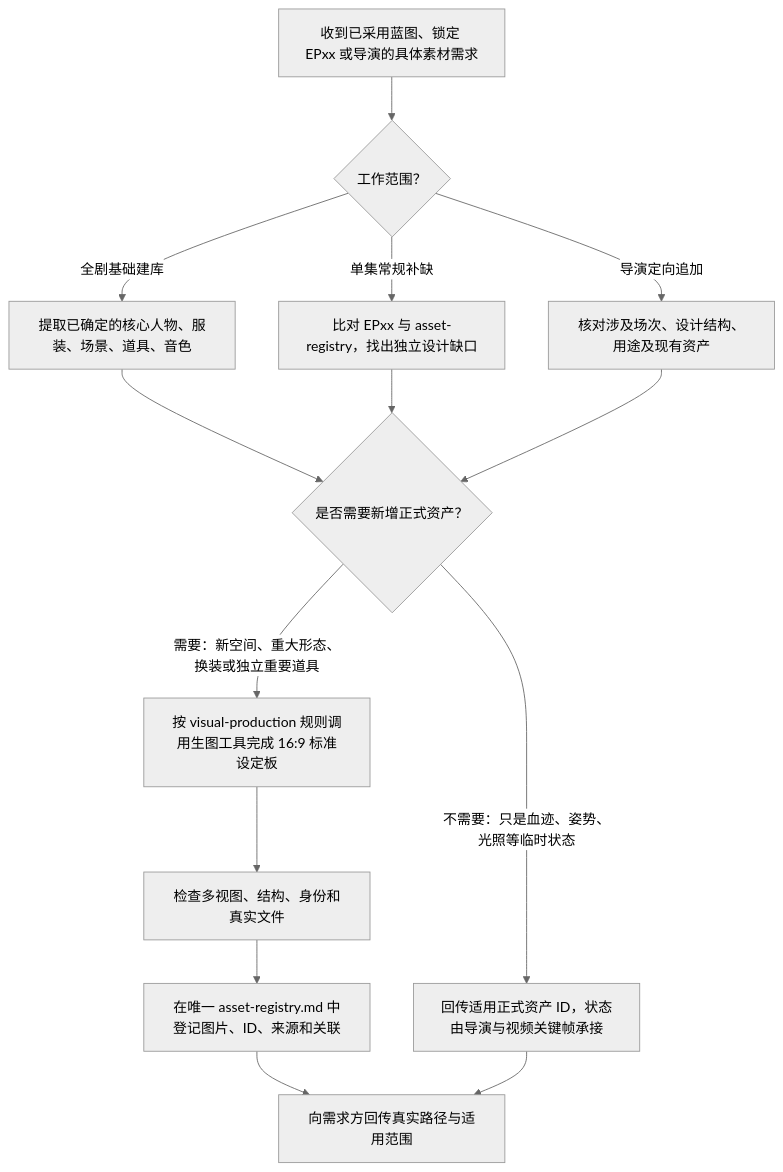
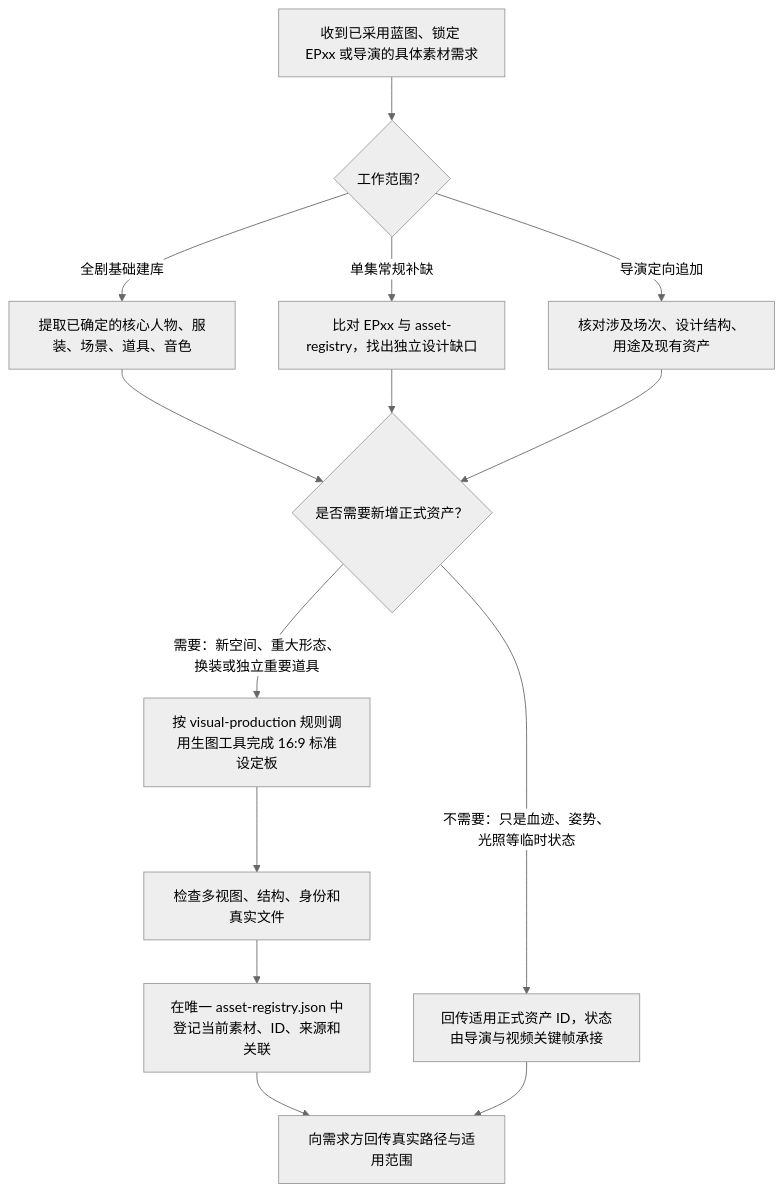
One commit to huangjiaroro/workbench-resources changed the diagram in resources/employees/visual-designer-playbook.md. Above: the diagram before and after it, drawn with Mermaid (neutral theme). The commit also changed 88 other files, not shown here.

````diff
--- a/resources/employees/visual-designer-playbook.md
+++ b/resources/employees/visual-designer-playbook.md
@@ -7,16 +7,16 @@
 ```mermaid
 flowchart TD
     A["收到已采用蓝图、锁定 EPxx 或导演的具体素材需求"] --> B{"工作范围？"}
     B -->|全剧基础建库| C["提取已确定的核心人物、服装、场景、道具、音色"]
     B -->|单集常规补缺| D["比对 EPxx 与 asset-registry，找出独立设计缺口"]
     B -->|导演定向追加| E["核对涉及场次、设计结构、用途及现有资产"]
     C --> F{"是否需要新增正式资产？"}
     D --> F
     E --> F
     F -->|不需要：只是血迹、姿势、光照等临时状态| G["回传适用正式资产 ID，状态由导演与视频关键帧承接"]
     F -->|需要：新空间、重大形态、换装或独立重要道具| H["按 visual-production 规则调用生图工具完成 16:9 标准设定板"]
     H --> I["检查多视图、结构、身份和真实文件"]
-    I --> J["在唯一 asset-registry.md 中登记图片、ID、来源和关联"]
+    I --> J["在唯一 asset-registry.json 中登记当前素材、ID、来源和关联"]
     J --> K["向需求方回传真实路径与适用范围"]
     G --> K
 ```
````
